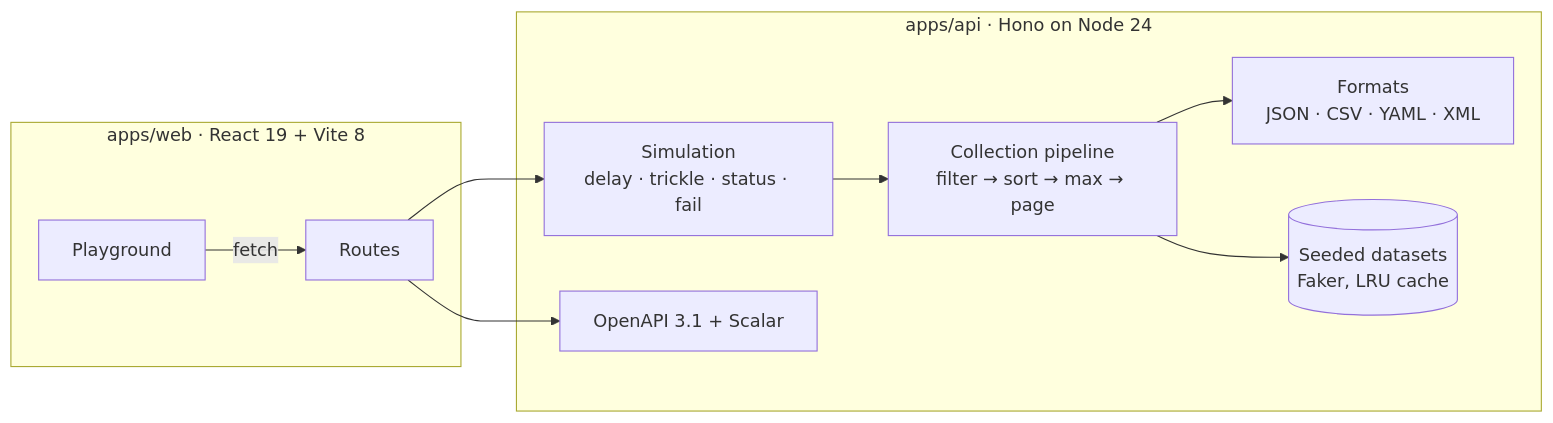
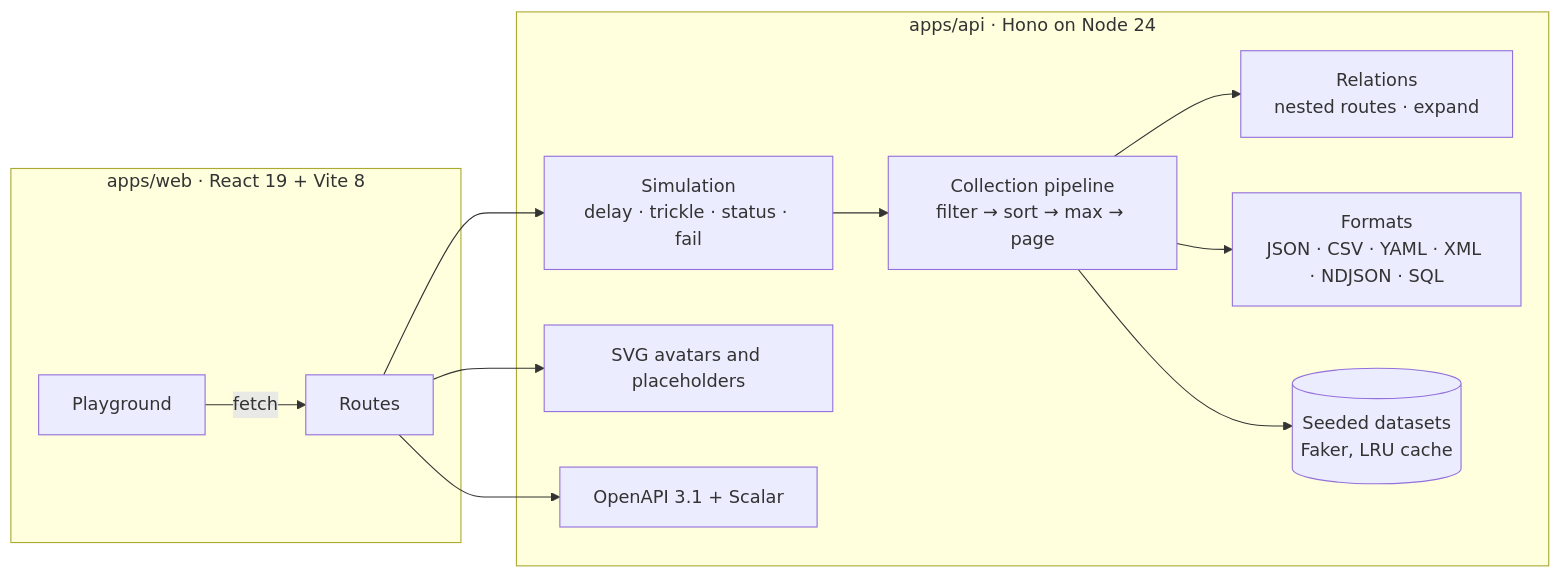
Before and after one commit to spxis/rest-in-pieces: the diagram in README.md, drawn with Mermaid. The commit also changed other lines of this file and 4 other files, not shown here.

First line of the commit message:
docs: relations, the JSONPlaceholder recipe, safe values by locale, images, NDJSON and SQL, and generate arguments in the README; How it compares updated; npm keywords for what now exists; changelog

````diff
--- a/README.md
+++ b/README.md
@@ -604,13 +803,15 @@
 ```mermaid
 flowchart LR
   subgraph web["apps/web · React 19 + Vite 8"]
     UI[Playground] -->|fetch| API
   end
   subgraph api["apps/api · Hono on Node 24"]
     API[Routes] --> SIM[Simulation<br/>delay · trickle · status · fail]
     SIM --> COL[Collection pipeline<br/>filter → sort → max → page]
-    COL --> FMT[Formats<br/>JSON · CSV · YAML · XML]
+    COL --> REL[Relations<br/>nested routes · expand]
+    COL --> FMT[Formats<br/>JSON · CSV · YAML · XML · NDJSON · SQL]
     COL --> DATA[(Seeded datasets<br/>Faker, LRU cache)]
+    API --> IMG[SVG avatars and placeholders]
     API --> DOCS[OpenAPI 3.1 + Scalar]
   end
 ```
````
